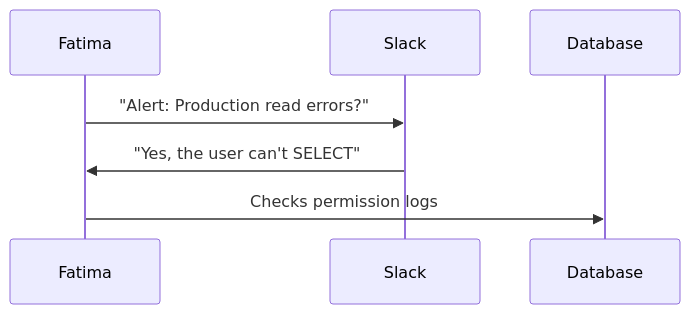
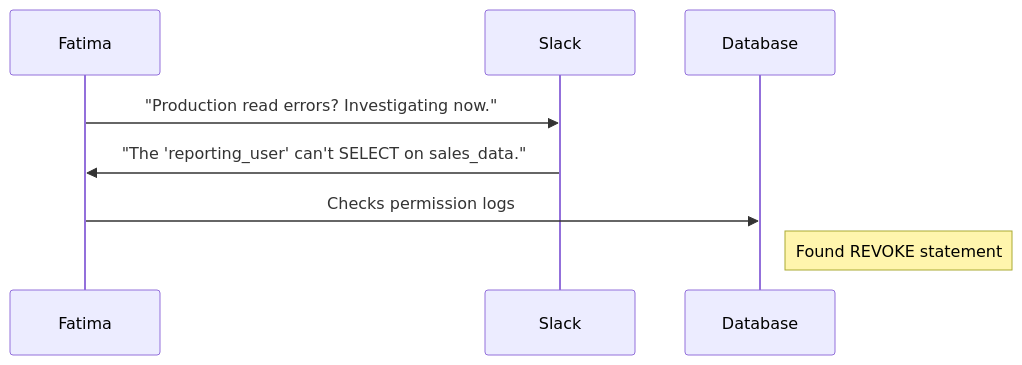
The second of 3 diagrams in Database/day 6/prompt/day-06-quiz-prompt.md (StevenJUlbrich/SRE-Training), drawn with Mermaid before and after one commit. The commit also changed other lines of this file and 5 other files, not shown here.

````diff
--- a/Database/day 6/prompt/day-06-quiz-prompt.md
+++ b/Database/day 6/prompt/day-06-quiz-prompt.md
@@ -188,10 +190,11 @@
 ```mermaid
 sequenceDiagram
   participant Fatima
   participant Slack
   participant DB as Database
   
-  Fatima->>Slack: "Alert: Production read errors?"
-  Slack->>Fatima: "Yes, the user can't SELECT"
+  Fatima->>Slack: "Production read errors? Investigating now."
+  Slack->>Fatima: "The 'reporting_user' can't SELECT on sales_data."
   Fatima->>DB: Checks permission logs
+  note right of DB: Found REVOKE statement
 ```
````
